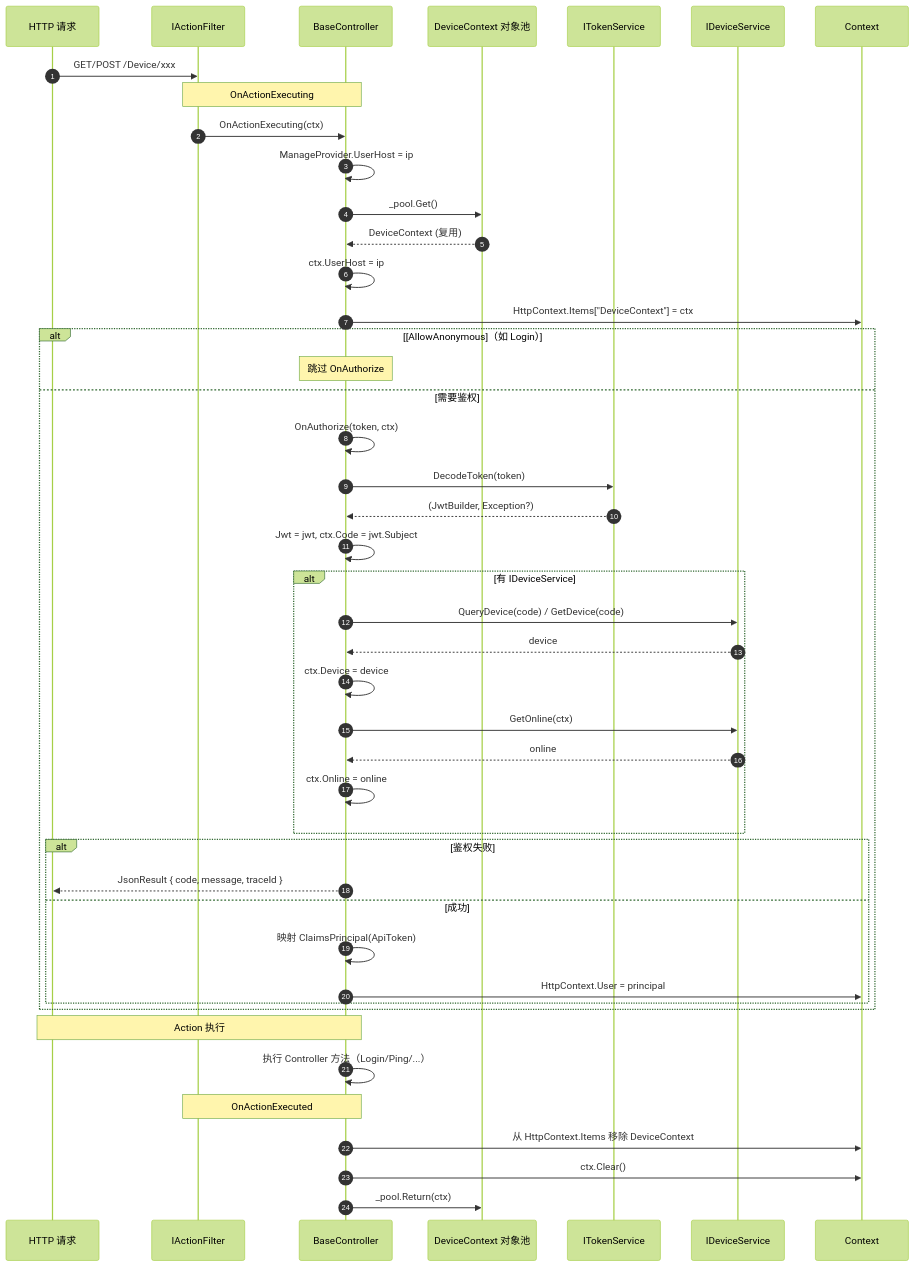
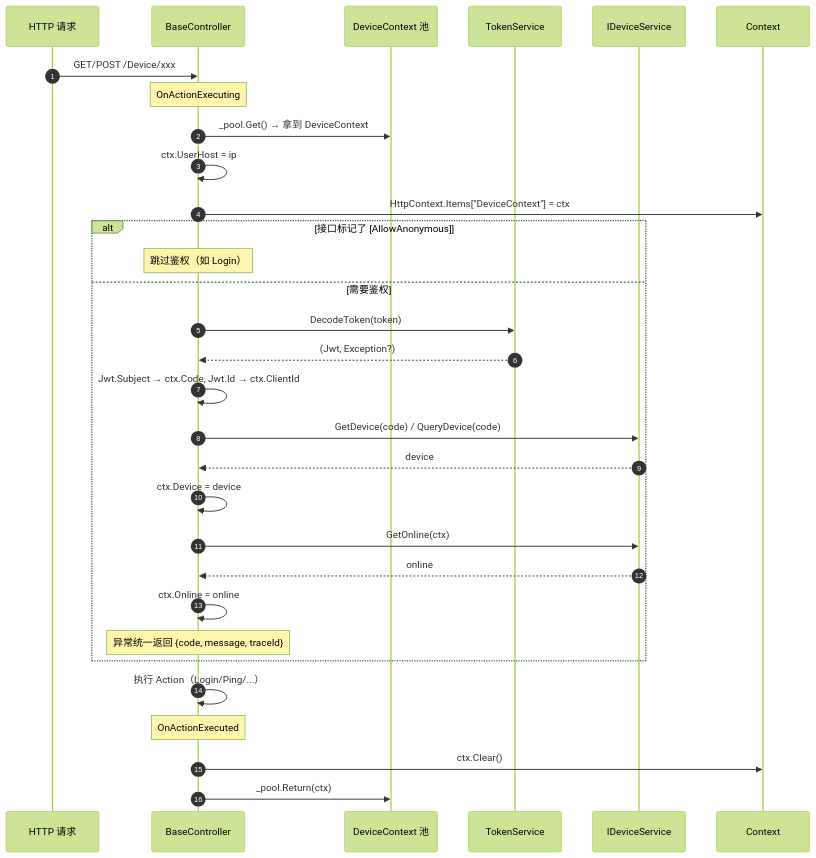
The second of 10 diagrams in Doc/SRV-服务端架构.md (NewLifeX/NewLife.Remoting), drawn with Mermaid (forest theme) before and after one commit. The commit also changed other lines of this file, not shown here.

````diff
--- a/Doc/SRV-服务端架构.md
+++ b/Doc/SRV-服务端架构.md
@@ -220,50 +55,36 @@
 ```mermaid
 sequenceDiagram
     autonumber
     participant HTTP as HTTP 请求
-    participant Filter as IActionFilter
     participant BC as BaseController
-    participant Pool as DeviceContext 对象池
-    participant TokenSvc as ITokenService
+    participant Pool as DeviceContext 池
+    participant TokenSvc as TokenService
     participant Svc as IDeviceService
 
-    HTTP->>Filter: GET/POST /Device/xxx
-    Note over Filter,BC: OnActionExecuting
-    Filter->>BC: OnActionExecuting(ctx)
-    BC->>BC: ManageProvider.UserHost = ip
-    BC->>Pool: _pool.Get()
-    Pool-->>BC: DeviceContext (复用)
+    HTTP->>BC: GET/POST /Device/xxx
+    Note over BC: OnActionExecuting
+    BC->>Pool: _pool.Get() → 拿到 DeviceContext
     BC->>BC: ctx.UserHost = ip
     BC->>Context: HttpContext.Items["DeviceContext"] = ctx
 
-    alt [AllowAnonymous]（如 Login）
-        Note over BC: 跳过 OnAuthorize
+    alt 接口标记了 [AllowAnonymous]
+        Note over BC: 跳过鉴权（如 Login）
     else 需要鉴权
-        BC->>BC: OnAuthorize(token, ctx)
         BC->>TokenSvc: DecodeToken(token)
-        TokenSvc-->>BC: (JwtBuilder, Exception?)
-        BC->>BC: Jwt = jwt, ctx.Code = jwt.Subject
-        alt 有 IDeviceService
-            BC->>Svc: QueryDevice(code) / GetDevice(code)
-            Svc-->>BC: device
-            BC->>BC: ctx.Device = device
-            BC->>Svc: GetOnline(ctx)
-            Svc-->>BC: online
-            BC->>BC: ctx.Online = online
-        end
-        alt 鉴权失败
-            BC-->>HTTP: JsonResult { code, message, traceId }
-        else 成功
-            BC->>BC: 映射 ClaimsPrincipal(ApiToken)
-            BC->>Context: HttpContext.User = principal
-        end
+        TokenSvc-->>BC: (Jwt, Exception?)
+        BC->>BC: Jwt.Subject → ctx.Code, Jwt.Id → ctx.ClientId
+        BC->>Svc: GetDevice(code) / QueryDevice(code)
+        Svc-->>BC: device
+        BC->>BC: ctx.Device = device
+        BC->>Svc: GetOnline(ctx)
+        Svc-->>BC: online
+        BC->>BC: ctx.Online = online
+        Note over BC: 异常统一返回 {code, message, traceId}
     end
 
-    Note over BC,HTTP: Action 执行
-    BC->>BC: 执行 Controller 方法（Login/Ping/...）
+    BC->>BC: 执行 Action（Login/Ping/...）
 
-    Note over Filter,BC: OnActionExecuted
-    BC->>Context: 从 HttpContext.Items 移除 DeviceContext
+    Note over BC: OnActionExecuted
     BC->>Context: ctx.Clear()
     BC->>Pool: _pool.Return(ctx)
 ```
````
